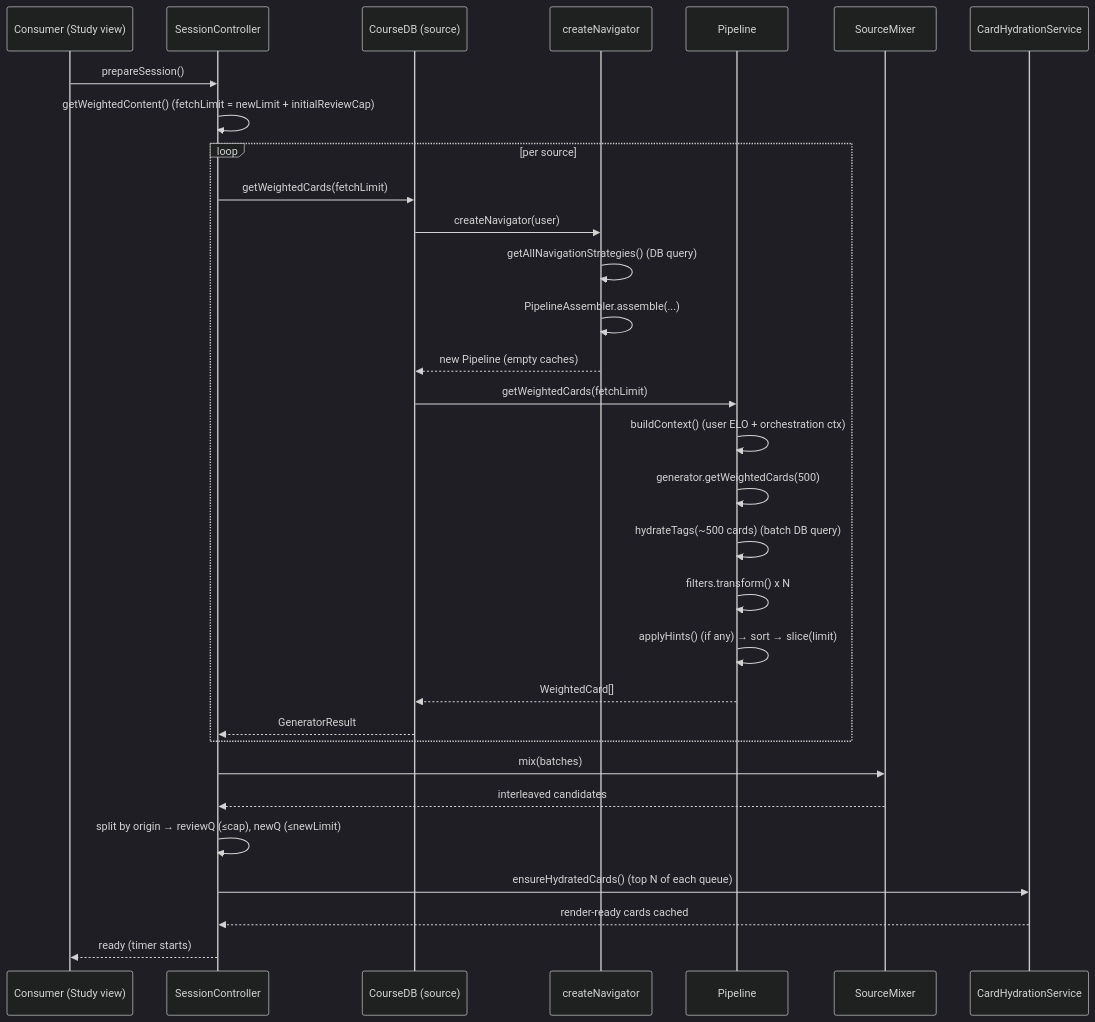
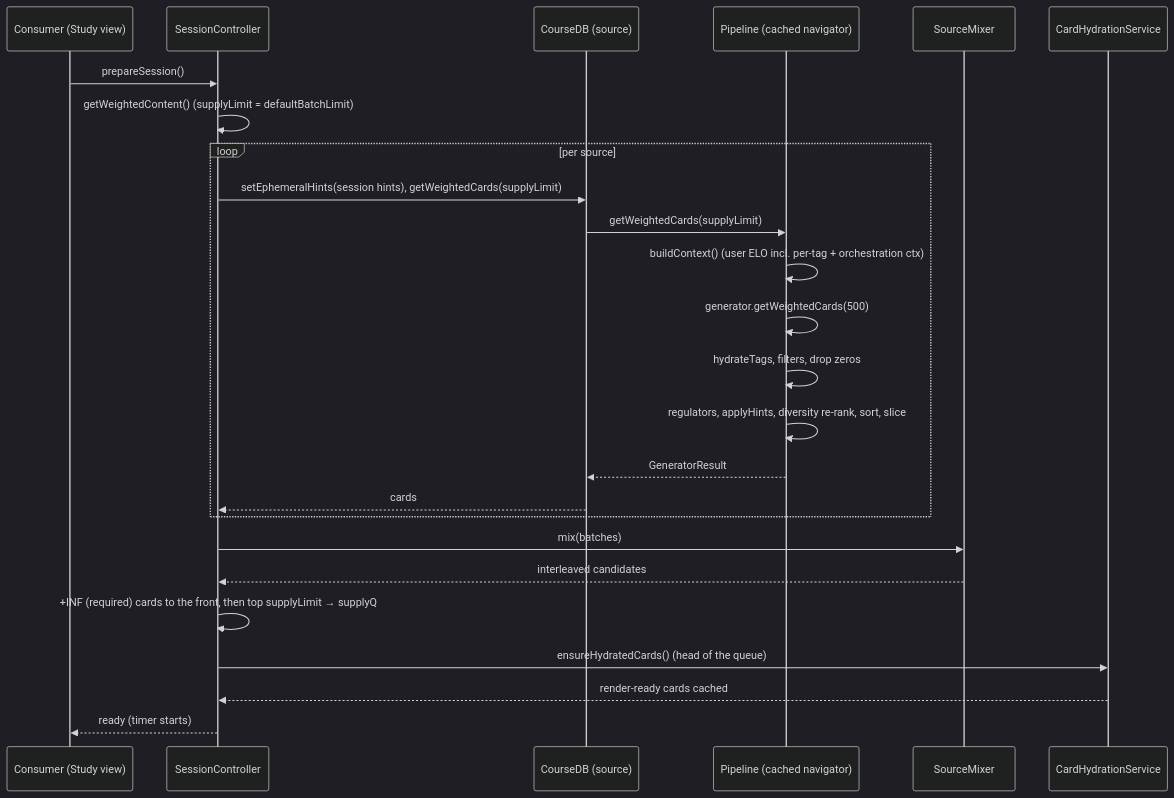
One commit to patched-network/vue-skuilder changed the first of 3 diagrams in packages/db/docs/session-lifecycle-and-replan.md. Above: the diagram before and after it, drawn with Mermaid (dark theme). The commit also changed other lines of this file, not shown here.

First line of the commit message:
docs: session-lifecycle-and-replan updated for the single supply queue

````diff
--- a/packages/db/docs/session-lifecycle-and-replan.md
+++ b/packages/db/docs/session-lifecycle-and-replan.md
@@ -62,34 +68,28 @@
 ```mermaid
 sequenceDiagram
     participant App as Consumer (Study view)
     participant SC as SessionController
     participant Src as CourseDB (source)
-    participant Nav as createNavigator
-    participant Pipe as Pipeline
+    participant Pipe as Pipeline (cached navigator)
     participant Mix as SourceMixer
     participant Hyd as CardHydrationService
 
     App->>SC: prepareSession()
-    SC->>SC: getWeightedContent()  (fetchLimit = newLimit + initialReviewCap)
+    SC->>SC: getWeightedContent()  (supplyLimit = defaultBatchLimit)
     loop per source
-        SC->>Src: getWeightedCards(fetchLimit)
-        Src->>Nav: createNavigator(user)
-        Nav->>Nav: getAllNavigationStrategies()  (DB query)
-        Nav->>Nav: PipelineAssembler.assemble(...)
-        Nav-->>Src: new Pipeline (empty caches)
-        Src->>Pipe: getWeightedCards(fetchLimit)
-        Pipe->>Pipe: buildContext()  (user ELO + orchestration ctx)
+        SC->>Src: setEphemeralHints(session hints), getWeightedCards(supplyLimit)
+        Src->>Pipe: getWeightedCards(supplyLimit)
+        Pipe->>Pipe: buildContext()  (user ELO incl. per-tag + orchestration ctx)
         Pipe->>Pipe: generator.getWeightedCards(500)
-        Pipe->>Pipe: hydrateTags(~500 cards)  (batch DB query)
-        Pipe->>Pipe: filters.transform() x N
-        Pipe->>Pipe: applyHints() (if any) → sort → slice(limit)
-        Pipe-->>Src: WeightedCard[]
-        Src-->>SC: GeneratorResult
+        Pipe->>Pipe: hydrateTags, filters, drop zeros
+        Pipe->>Pipe: regulators, applyHints, diversity re-rank, sort, slice
+        Pipe-->>Src: GeneratorResult
+        Src-->>SC: cards
     end
     SC->>Mix: mix(batches)
     Mix-->>SC: interleaved candidates
-    SC->>SC: split by origin → reviewQ (≤cap), newQ (≤newLimit)
-    SC->>Hyd: ensureHydratedCards()  (top N of each queue)
+    SC->>SC: +INF (required) cards to the front, then top supplyLimit → supplyQ
+    SC->>Hyd: ensureHydratedCards()  (head of the queue)
     Hyd-->>SC: render-ready cards cached
     SC-->>App: ready (timer starts)
 ```
````
